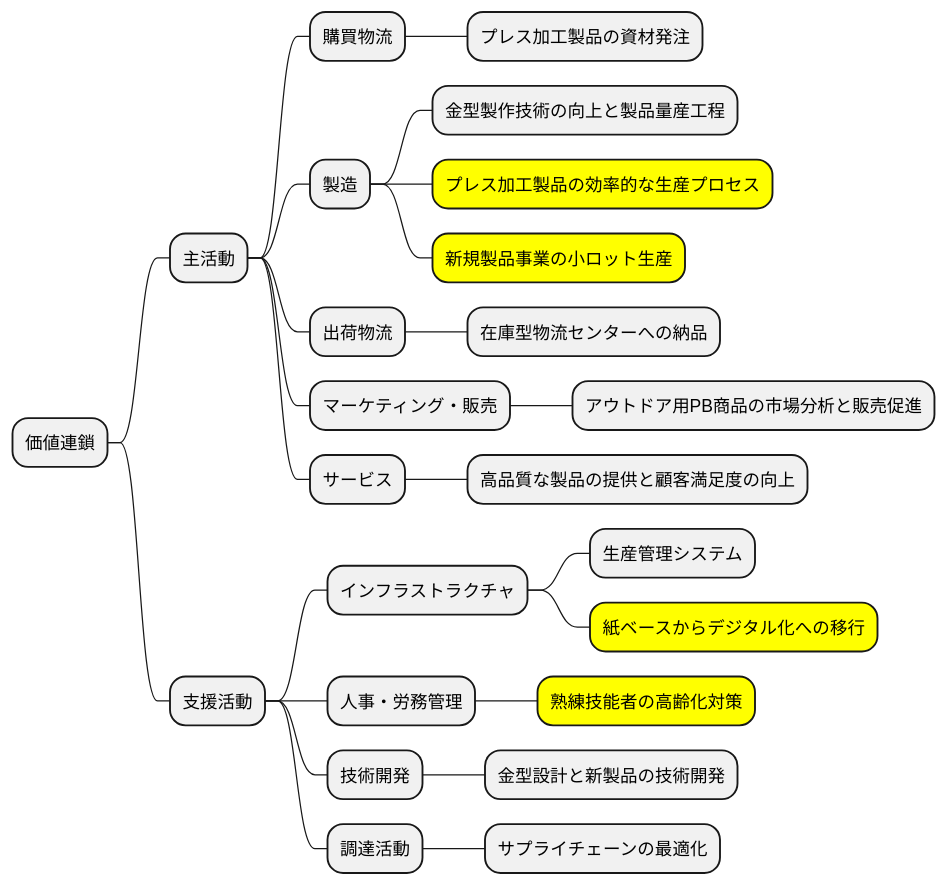
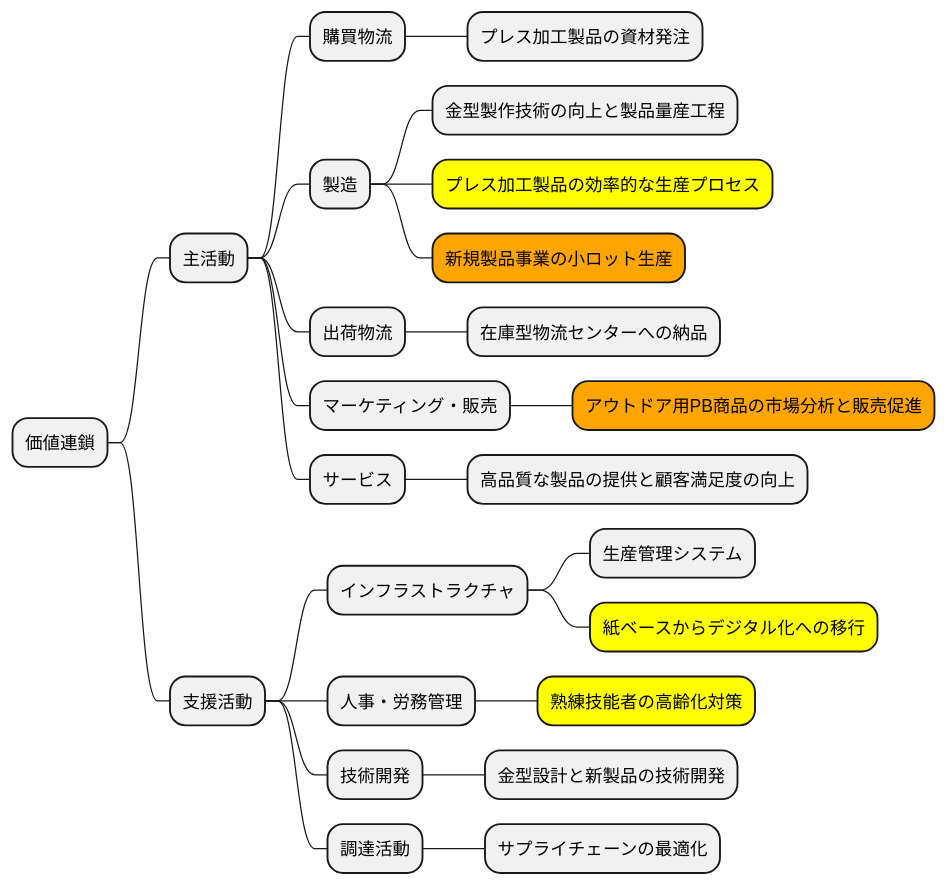
Before and after one commit to k2works/case-sutudy-business-analysis: the tenth of 16 diagrams in docs/case/r04_case_3.adoc, drawn with PlantUML. The commit also changed other lines of this file and 3 other files, not shown here.

```diff
--- a/docs/case/r04_case_3.adoc
+++ b/docs/case/r04_case_3.adoc
@@ -390,29 +390,29 @@
 [plantuml]
 ----
 @startmindmap
 * 価値連鎖
 ** 主活動
 *** 購買物流
 **** プレス加工製品の資材発注
 *** 製造
 **** 金型製作技術の向上と製品量産工程
 ****[#yellow] プレス加工製品の効率的な生産プロセス
-****[#yellow] 新規製品事業の小ロット生産
+****[#orange] 新規製品事業の小ロット生産
 *** 出荷物流
 **** 在庫型物流センターへの納品
 *** マーケティング・販売
-**** アウトドア用PB商品の市場分析と販売促進
+****[#orange] アウトドア用PB商品の市場分析と販売促進
 *** サービス
 **** 高品質な製品の提供と顧客満足度の向上
 ** 支援活動
 *** インフラストラクチャ
 **** 生産管理システム
 ****[#yellow] 紙ベースからデジタル化への移行
 *** 人事・労務管理
 ****[#yellow] 熟練技能者の高齢化対策
 *** 技術開発
 **** 金型設計と新製品の技術開発
 *** 調達活動
 **** サプライチェーンの最適化
 @endmindmap
 ----
```
